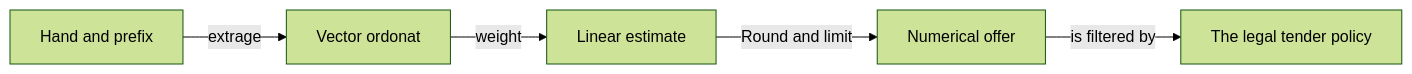
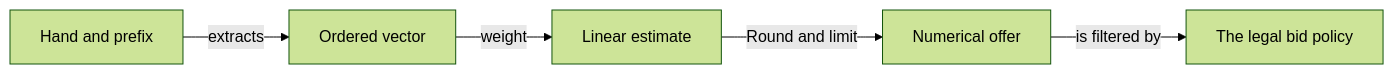
One commit to crististefanita/atf_j4 changed the diagram in whist-lab-app/ai-lab/experiments/round5-rejected-bid-prior/README.md. Above: the diagram before and after it, drawn with Mermaid (forest theme). The commit also changed other lines of this file and 126 other files, not shown here.

````diff
--- a/whist-lab-app/ai-lab/experiments/round5-rejected-bid-prior/README.md
+++ b/whist-lab-app/ai-lab/experiments/round5-rejected-bid-prior/README.md
@@ -12,7 +12,7 @@
 ```mermaid
 flowchart LR
-    HAND[Hand and prefix] -->|extrage| FEATURES[Vector ordonat]
+    HAND[Hand and prefix] -->|extracts| FEATURES[Ordered vector]
     FEATURES -->|weight| MEAN[Linear estimate]
     MEAN -->|Round and limit| BID[Numerical offer]
-    BID -->|is filtered by| LEGAL[The legal tender policy]
+    BID -->|is filtered by| LEGAL[The legal bid policy]
 ```
````
